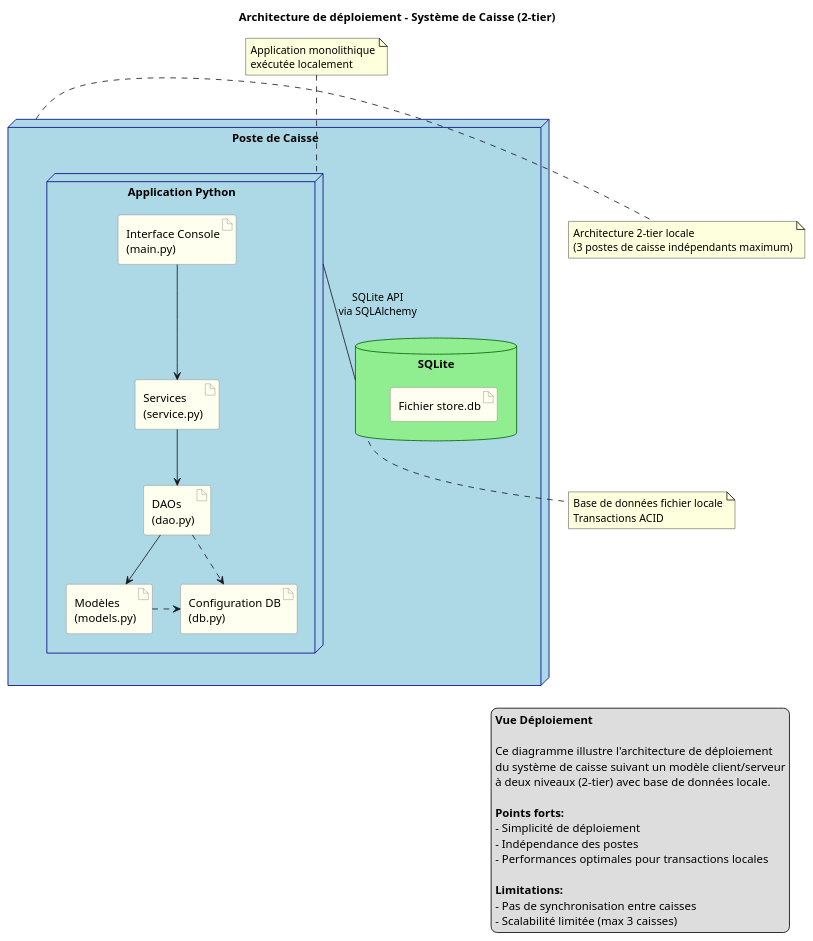
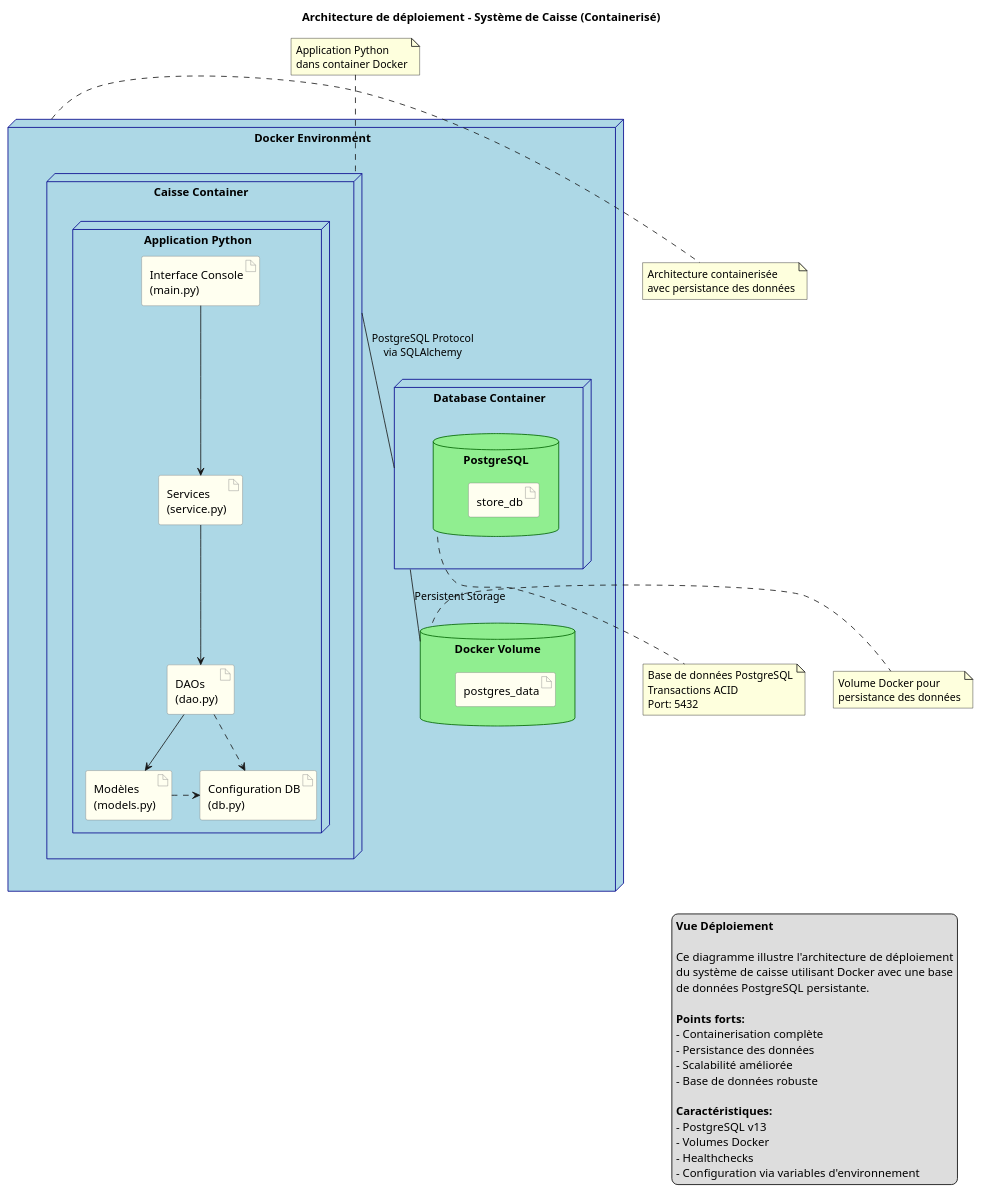
The diagram in docs/UML/vue_deploiement.puml (Louqman-ETS/log430-labo-07), drawn with PlantUML before and after one commit. The commit also changed 16 other files, not shown here.

Commit message:
fix postgre sql

```diff
--- a/docs/UML/vue_deploiement.puml
+++ b/docs/UML/vue_deploiement.puml
@@ -1,83 +1,102 @@
 @startuml Vue Déploiement
 
 ' Définir les styles
 skinparam node {
     BackgroundColor LightBlue
     BorderColor DarkBlue
     FontColor Black
 }
 
 skinparam database {
     BackgroundColor LightGreen
     BorderColor DarkGreen
     FontColor Black
 }
 
 skinparam artifact {
     BackgroundColor Ivory
     BorderColor Gray
     FontColor Black
 }
 
 ' Définir les nœuds
-node "Poste de Caisse" as PosteCaisse {
-    node "Application Python" as AppPython {
-        artifact "Interface Console\n(main.py)" as Main
-        artifact "Services\n(service.py)" as Services
-        artifact "DAOs\n(dao.py)" as DAOs
-        artifact "Modèles\n(models.py)" as Models
-        artifact "Configuration DB\n(db.py)" as ConfigDB
-        
-        ' Relations internes
-        Main -down-> Services
-        Services -down-> DAOs
-        DAOs -down-> Models
-        DAOs .right.> ConfigDB
-        Models .right.> ConfigDB
+node "Docker Environment" as DockerEnv {
+    node "Caisse Container" as CaisseContainer {
+        node "Application Python" as AppPython {
+            artifact "Interface Console\n(main.py)" as Main
+            artifact "Services\n(service.py)" as Services
+            artifact "DAOs\n(dao.py)" as DAOs
+            artifact "Modèles\n(models.py)" as Models
+            artifact "Configuration DB\n(db.py)" as ConfigDB
+            
+            ' Relations internes
+            Main -down-> Services
+            Services -down-> DAOs
+            DAOs -down-> Models
+            DAOs .right.> ConfigDB
+            Models .right.> ConfigDB
+        }
     }
     
-    database "SQLite" as SQLite {
-        artifact "Fichier store.db" as StoreDB
+    node "Database Container" as DBContainer {
+        database "PostgreSQL" as PostgreSQL {
+            artifact "store_db" as StoreDB
+        }
     }
     
-    ' Connexion entre application et base de données
-    AppPython -- SQLite : "SQLite API\nvia SQLAlchemy"
+    ' Volume persistant
+    database "Docker Volume" as DockerVolume {
+        artifact "postgres_data" as PostgresData
+    }
+    
+    ' Connexions
+    CaisseContainer -- DBContainer : "PostgreSQL Protocol\nvia SQLAlchemy"
+    DBContainer -- DockerVolume : "Persistent Storage"
 }
 
 ' Notes explicatives
-note right of PosteCaisse
-  Architecture 2-tier locale
-  (3 postes de caisse indépendants maximum)
+note right of DockerEnv
+  Architecture containerisée
+  avec persistance des données
 end note
 
-note bottom of SQLite
-  Base de données fichier locale
+note bottom of PostgreSQL
+  Base de données PostgreSQL
   Transactions ACID
+  Port: 5432
 end note
 
-note top of AppPython
-  Application monolithique
-  exécutée localement
+note top of CaisseContainer
+  Application Python
+  dans container Docker
+end note
+
+note right of DockerVolume
+  Volume Docker pour
+  persistance des données
 end note
 
 ' Titre et légende
-title Architecture de déploiement - Système de Caisse (2-tier)
+title Architecture de déploiement - Système de Caisse (Containerisé)
 
 legend right
   <b>Vue Déploiement</b>
   
   Ce diagramme illustre l'architecture de déploiement
-  du système de caisse suivant un modèle client/serveur
-  à deux niveaux (2-tier) avec base de données locale.
+  du système de caisse utilisant Docker avec une base
+  de données PostgreSQL persistante.
   
   <b>Points forts:</b>
-  - Simplicité de déploiement
-  - Indépendance des postes
-  - Performances optimales pour transactions locales
+  - Containerisation complète
+  - Persistance des données
+  - Scalabilité améliorée
+  - Base de données robuste
   
-  <b>Limitations:</b>
-  - Pas de synchronisation entre caisses
-  - Scalabilité limitée (max 3 caisses)
+  <b>Caractéristiques:</b>
+  - PostgreSQL v13
+  - Volumes Docker
+  - Healthchecks
+  - Configuration via variables d'environnement
 endlegend
 
 @enduml 
```
